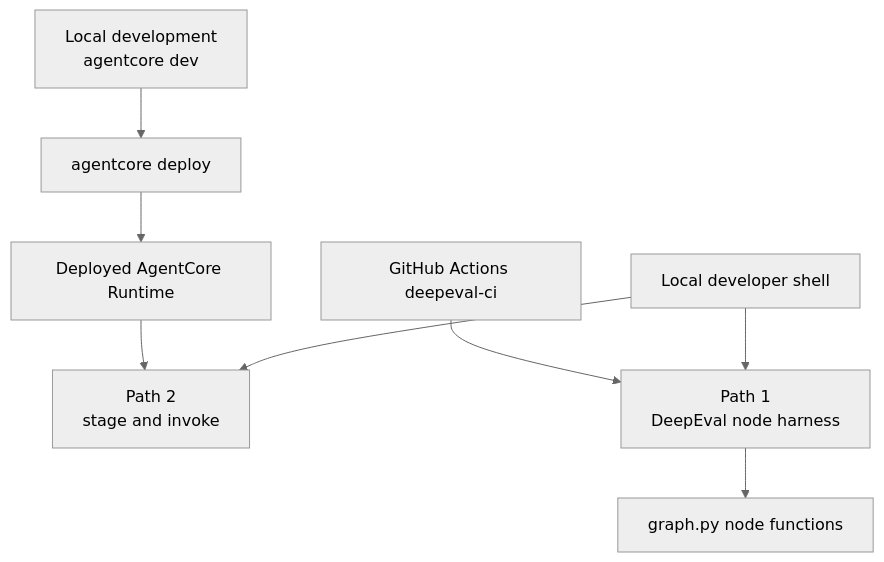
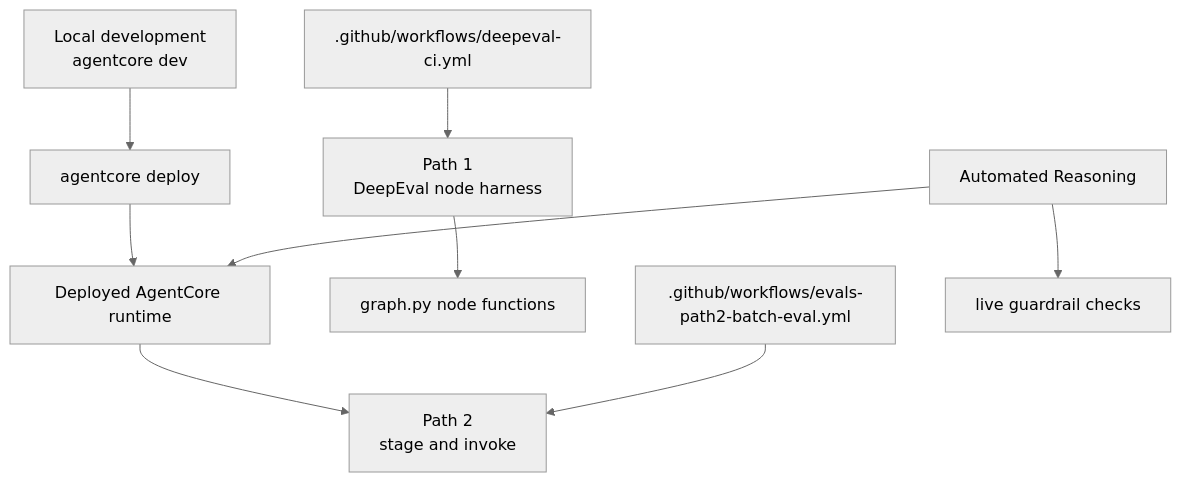
Before and after one commit to stevejgoodman/fionaa-aws: the first of 4 diagrams in openwiki/operations/deployment-and-evals.md, drawn with Mermaid (neutral theme). The commit also changed other lines of this file and 37 other files, not shown here.

Commit message:
Add PASF/PADE readiness-triage assessment, architecture docs, and refreshed OpenWiki

````diff
--- a/openwiki/operations/deployment-and-evals.md
+++ b/openwiki/operations/deployment-and-evals.md
@@ -42,10 +40,11 @@
 ```mermaid
 flowchart TD
-  Dev[Local development\nagentcore dev] --> Deploy[agentcore deploy]
-  Deploy --> Runtime[Deployed AgentCore Runtime]
-  Runtime --> Path2[Path 2\nstage and invoke]
-  Path1[Path 1\nDeepEval node harness] --> NodeFns[graph.py node functions]
-  CI[GitHub Actions deepeval-ci] --> Path1
-  Local[Local developer shell] --> Path1
-  Local --> Path2
+  Dev["Local development\nagentcore dev"] --> Deploy["agentcore deploy"]
+  Deploy --> Runtime["Deployed AgentCore runtime"]
+  Runtime --> Path2["Path 2\nstage and invoke"]
+  Path1["Path 1\nDeepEval node harness"] --> Nodes["graph.py node functions"]
+  CI1[".github/workflows/deepeval-ci.yml"] --> Path1
+  CI2[".github/workflows/evals-path2-batch-eval.yml"] --> Path2
+  AR["Automated Reasoning"] --> Runtime
+  AR --> ARTests["live guardrail checks"]
 ```
````
